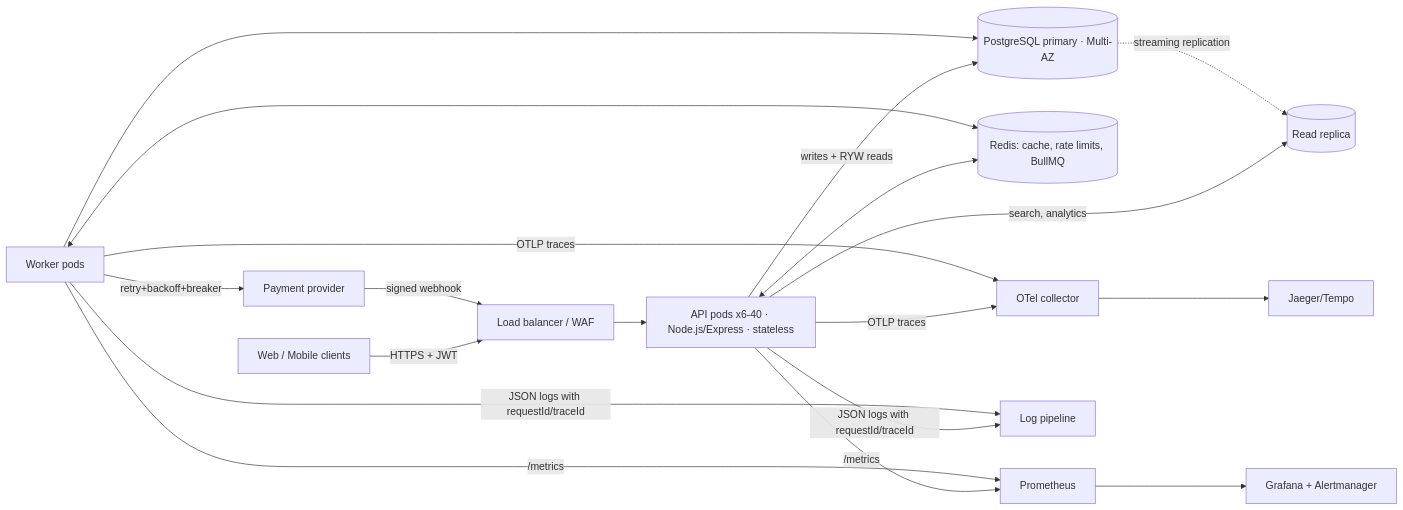
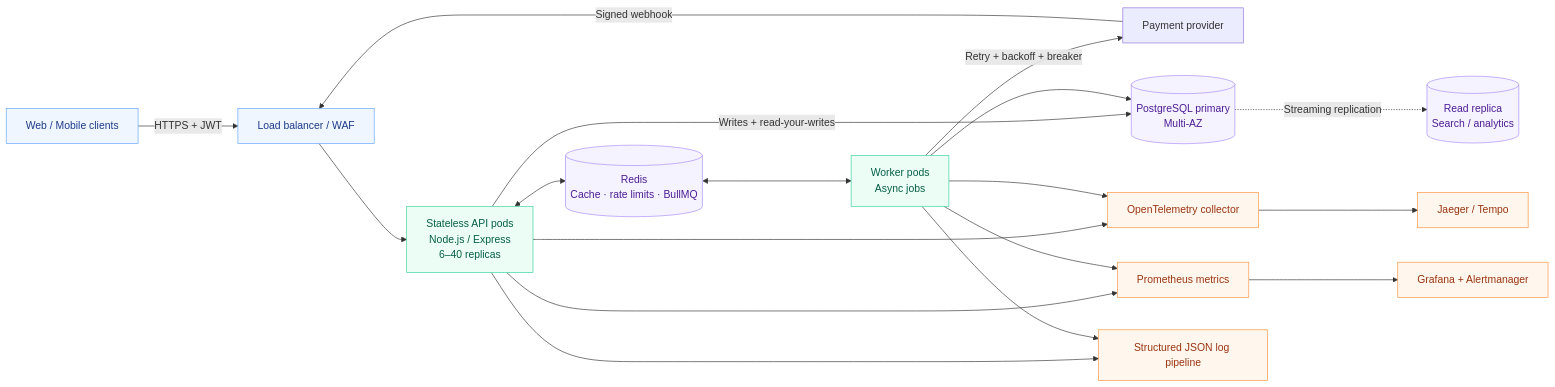
Before and after one commit to Lithish779/Amrutham: the first of 4 diagrams in docs/ARCHITECTURE.md, drawn with Mermaid. The commit also changed other lines of this file and 2 other files, not shown here.

Commit message:
docs: embed architecture infographic into docs/ARCHITECTURE.md

````diff
--- a/docs/ARCHITECTURE.md
+++ b/docs/ARCHITECTURE.md
@@ -7,16 +41,31 @@
 ```mermaid
 flowchart LR
-  C[Web / Mobile clients] -->|HTTPS + JWT| LB[Load balancer / WAF]
-  LB --> API[API pods x6-40 · Node.js/Express · stateless]
-  PSP[Payment provider] -->|signed webhook| LB
-  API -->|writes + RYW reads| PG[(PostgreSQL primary · Multi-AZ)]
-  API -->|search, analytics| RO[(Read replica)]
-  PG -. streaming replication .-> RO
-  API <--> R[(Redis: cache, rate limits, BullMQ)]
-  W[Worker pods] <--> R
-  W --> PG
-  W -->|retry+backoff+breaker| PSP
-  API & W -->|OTLP traces| OT[OTel collector] --> J[Jaeger/Tempo]
-  API & W -->|/metrics| P[Prometheus] --> G[Grafana + Alertmanager]
-  API & W -->|JSON logs with requestId/traceId| L[Log pipeline]
+    C["Web / Mobile clients"] -->|"HTTPS + JWT"| WAF["Load balancer / WAF"]
+    PSP["Payment provider"] -->|"Signed webhook"| WAF
+    WAF --> API["Stateless API pods<br/>Node.js / Express<br/>6–40 replicas"]
+
+    API -->|"Writes + read-your-writes"| PG[("PostgreSQL primary<br/>Multi-AZ")]
+    PG -. "Streaming replication" .-> RO[("Read replica<br/>Search / analytics")]
+    API <--> R[("Redis<br/>Cache · rate limits · BullMQ")]
+    R <--> WK["Worker pods<br/>Async jobs"]
+    WK --> PG
+    WK -->|"Retry + backoff + breaker"| PSP
+
+    API --> OTEL["OpenTelemetry collector"]
+    WK --> OTEL
+    OTEL --> TRACE["Jaeger / Tempo"]
+    API --> MET["Prometheus metrics"]
+    WK --> MET
+    MET --> GRAF["Grafana + Alertmanager"]
+    API --> LOG["Structured JSON log pipeline"]
+    WK --> LOG
+
+    classDef client fill:#eff6ff,stroke:#60a5fa,color:#1e3a8a
+    classDef api fill:#ecfdf5,stroke:#34d399,color:#065f46
+    classDef data fill:#f5f3ff,stroke:#a78bfa,color:#4c1d95
+    classDef ops fill:#fff7ed,stroke:#fb923c,color:#9a3412
+    class C,WAF client
+    class API,WK api
+    class PG,RO,R data
+    class OTEL,TRACE,MET,GRAF,LOG ops
 ```
````
